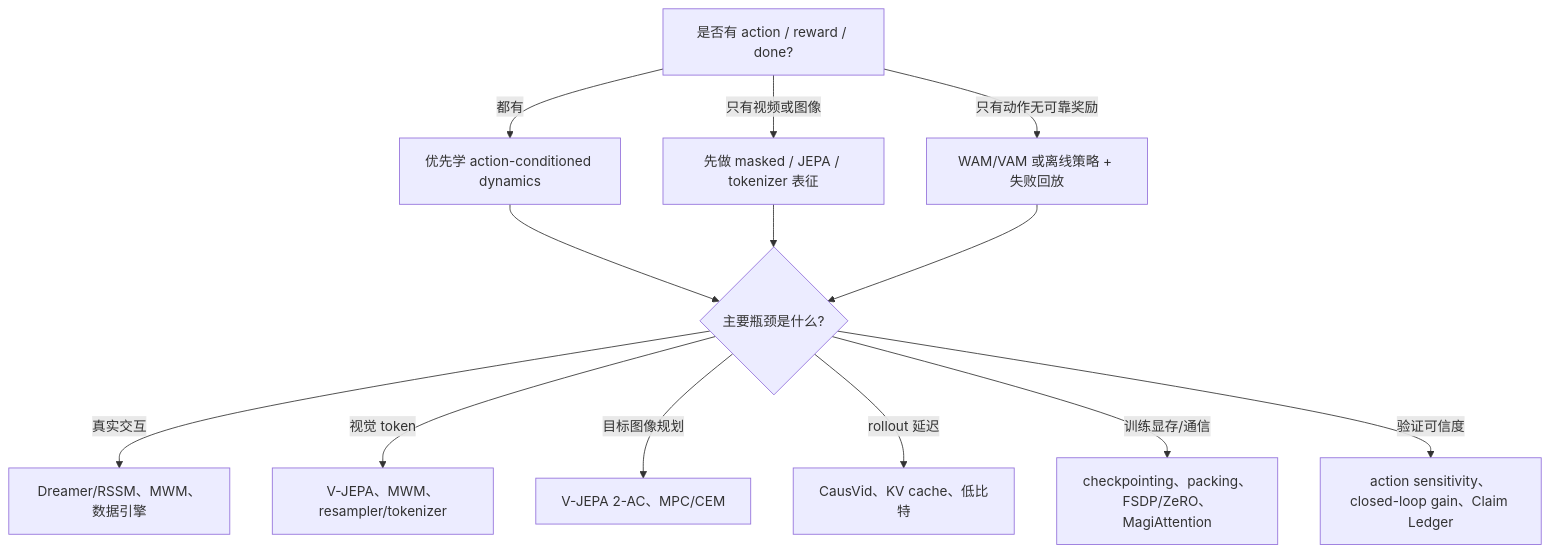
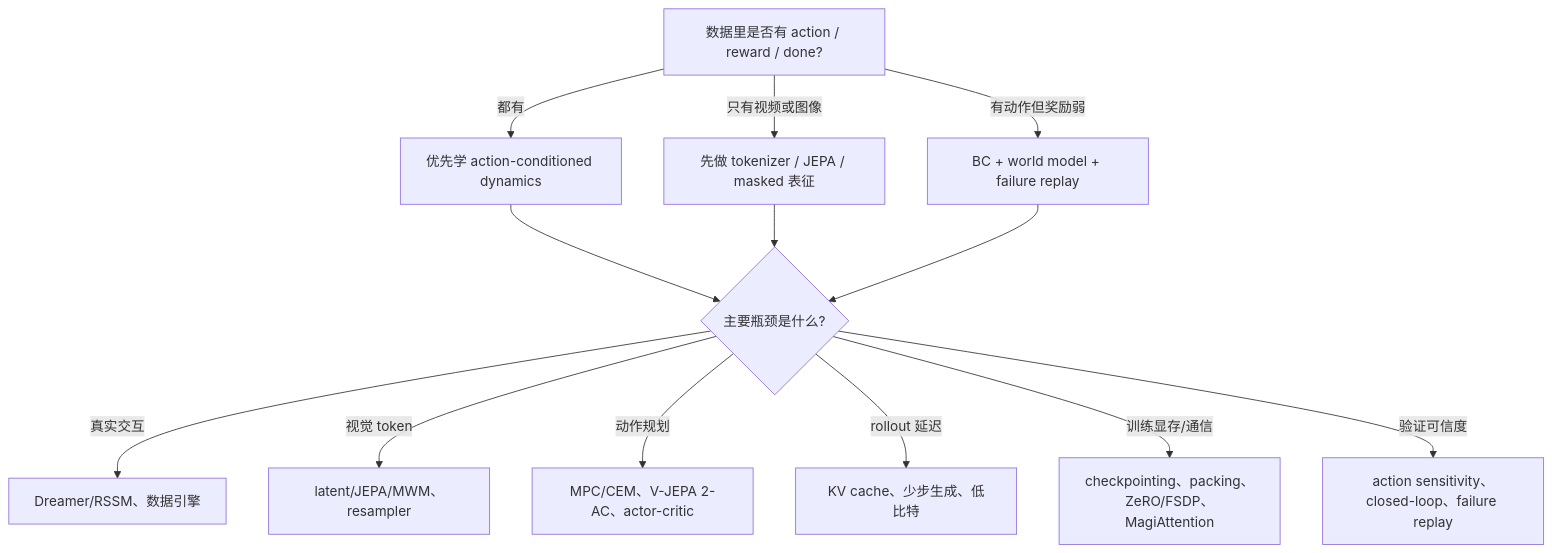
One commit to Charles2530/Charles-AI-notes changed the diagram in files/world-models/efficient-training-roadmap.md. Above: the diagram before and after it, drawn with Mermaid. The commit also changed other lines of this file and 268 other files, not shown here.

````diff
--- a/files/world-models/efficient-training-roadmap.md
+++ b/files/world-models/efficient-training-roadmap.md
@@ -263,15 +145,15 @@
 ```mermaid
 flowchart TD
-    A["是否有 action / reward / done?"] -->|都有| B["优先学 action-conditioned dynamics"]
-    A -->|只有视频或图像| C["先做 masked / JEPA / tokenizer 表征"]
-    A -->|只有动作无可靠奖励| D["WAM/VAM 或离线策略 + 失败回放"]
+    A["数据里是否有 action / reward / done?"] -->|都有| B["优先学 action-conditioned dynamics"]
+    A -->|只有视频或图像| C["先做 tokenizer / JEPA / masked 表征"]
+    A -->|有动作但奖励弱| D["BC + world model + failure replay"]
     B --> E{"主要瓶颈是什么?"}
     C --> E
     D --> E
-    E -->|真实交互| F["Dreamer/RSSM、MWM、数据引擎"]
-    E -->|视觉 token| G["V-JEPA、MWM、resampler/tokenizer"]
-    E -->|目标图像规划| H["V-JEPA 2-AC、MPC/CEM"]
-    E -->|rollout 延迟| I["CausVid、KV cache、低比特"]
-    E -->|训练显存/通信| J["checkpointing、packing、FSDP/ZeRO、MagiAttention"]
-    E -->|验证可信度| K["action sensitivity、closed-loop gain、Claim Ledger"]
+    E -->|真实交互| F["Dreamer/RSSM、数据引擎"]
+    E -->|视觉 token| G["latent/JEPA/MWM、resampler"]
+    E -->|动作规划| H["MPC/CEM、V-JEPA 2-AC、actor-critic"]
+    E -->|rollout 延迟| I["KV cache、少步生成、低比特"]
+    E -->|训练显存/通信| J["checkpointing、packing、ZeRO/FSDP、MagiAttention"]
+    E -->|验证可信度| K["action sensitivity、closed-loop、failure replay"]
 ```
````
